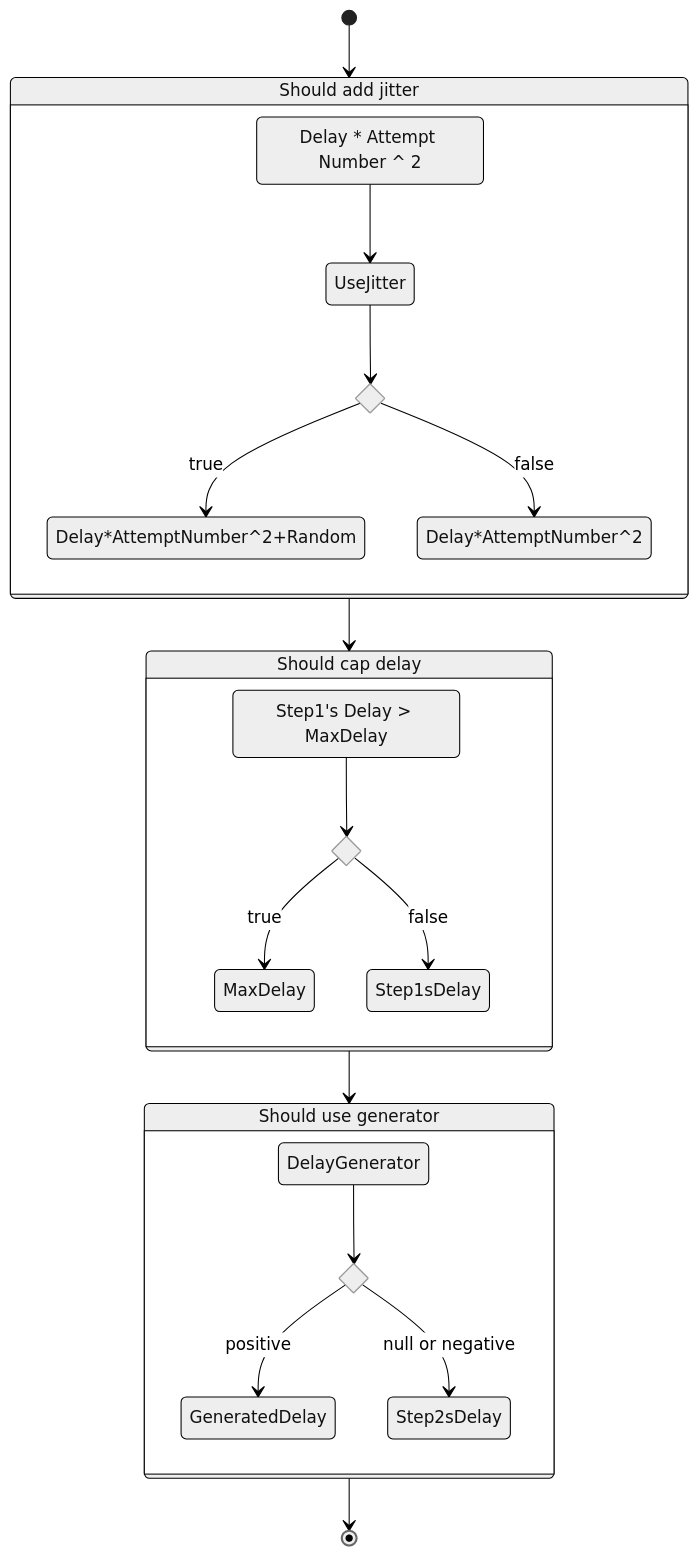
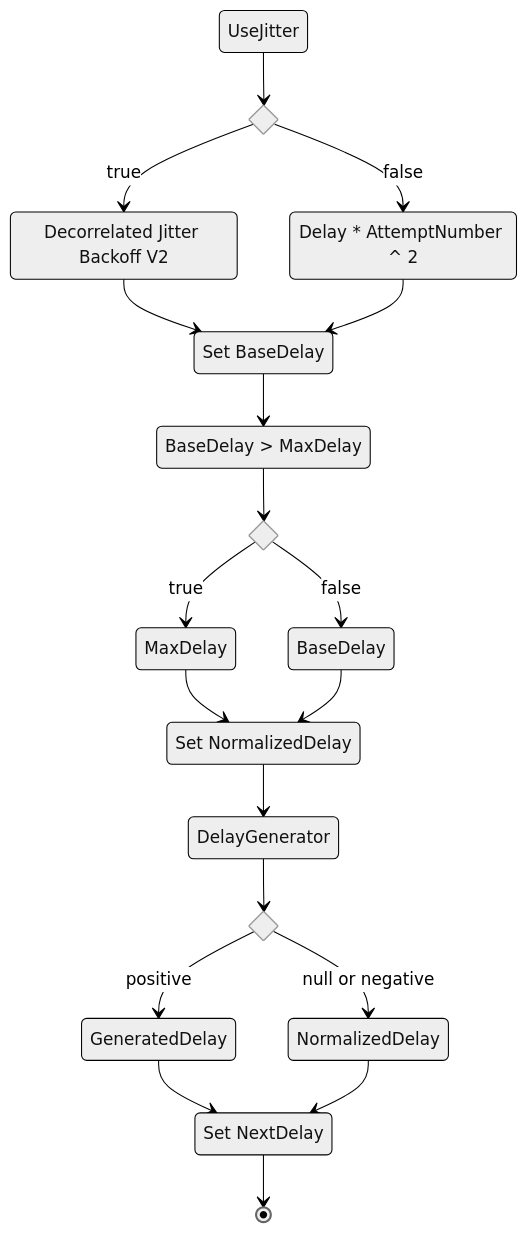
One commit to App-vNext/Polly changed the third of 5 diagrams in docs/strategies/retry.md. Above: the diagram before and after it, drawn with Mermaid (neutral theme). The commit also changed other lines of this file, not shown here.

````diff
--- a/docs/strategies/retry.md
+++ b/docs/strategies/retry.md
@@ -226,34 +230,35 @@
 ```mermaid
 stateDiagram-v2
 
     state if_state_step1 <<choice>>
     state if_state_step2 <<choice>>
     state if_state_step3 <<choice>>
-    calc: Delay * Attempt Number ^ 2
-    jitter: Should add jitter
-    cap: Should cap delay
-    generaror: Should use generator
-    islarger: Step1's Delay > MaxDelay
 
-    [*] --> jitter
-    jitter --> cap
-    cap --> generaror
-    generaror --> [*]
+    exponential: Delay * AttemptNumber ^ 2
+    exponentialWJitter: Decorrelated Jitter Backoff V2
+    compare: BaseDelay > MaxDelay
+    setBase: Set BaseDelay
+    setNormalized: Set NormalizedDelay
+    setNext: Set NextDelay
 
-    state jitter {
-        calc --> UseJitter
-        UseJitter --> if_state_step1
-        if_state_step1 --> Delay*AttemptNumber^2+Random: true
-        if_state_step1 --> Delay*AttemptNumber^2: false
-    }
-    state cap {
-        islarger --> if_state_step2
-        if_state_step2 --> MaxDelay: true
-        if_state_step2 --> Step1sDelay: false
-    }
-    state generaror {
-        DelayGenerator --> if_state_step3
-        if_state_step3 --> GeneratedDelay: positive
-        if_state_step3 --> Step2sDelay: null or negative
-    }
+    UseJitter --> if_state_step1
+    if_state_step1 --> exponentialWJitter:true
+    if_state_step1 --> exponential: false
+    exponentialWJitter --> setBase
+    exponential --> setBase
+
+    setBase --> compare
+    compare --> if_state_step2
+    if_state_step2 --> MaxDelay: true
+    if_state_step2 --> BaseDelay: false
+    MaxDelay --> setNormalized
+    BaseDelay --> setNormalized
+
+    setNormalized --> DelayGenerator
+    DelayGenerator --> if_state_step3
+    if_state_step3 --> GeneratedDelay: positive
+    if_state_step3 --> NormalizedDelay: null or negative
+    GeneratedDelay --> setNext
+    NormalizedDelay --> setNext
+    setNext --> [*]
 ```
````
